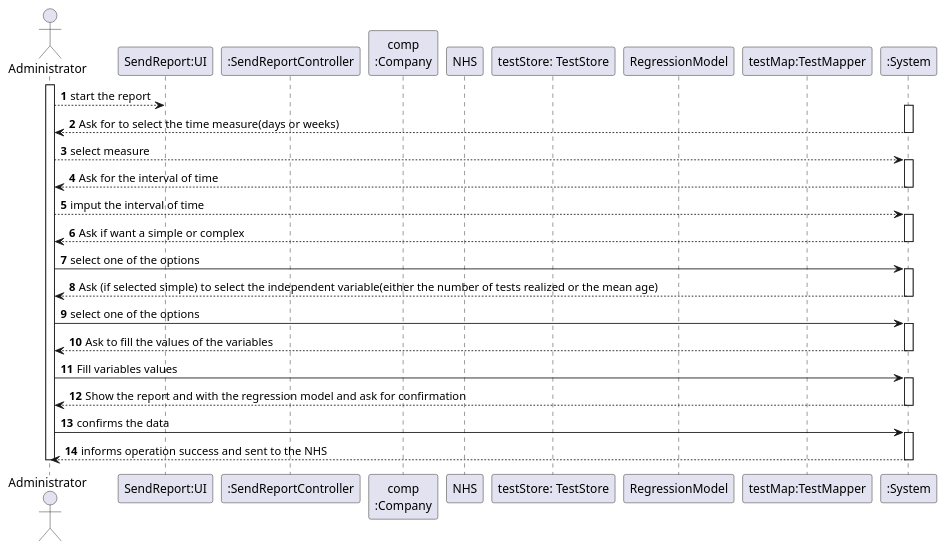
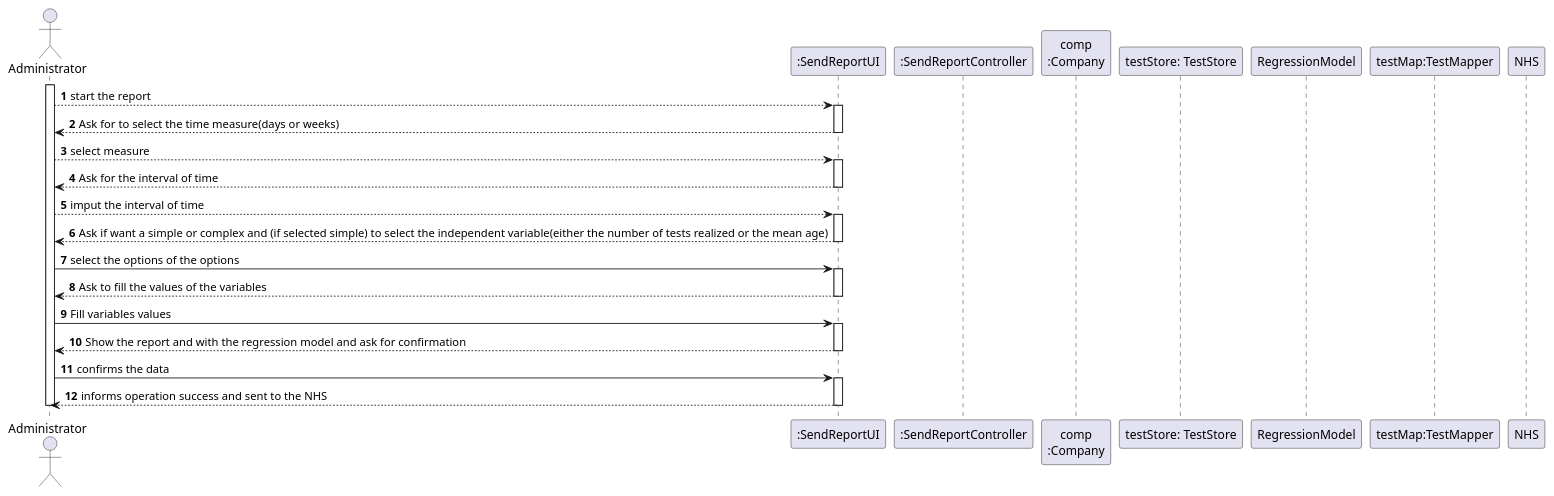
The diagram in docs/SprintD/US18/UC18_SD.puml (GuilhermeCunha79/lapr2), drawn with PlantUML before and after one commit. The commit also changed 3 other files, not shown here.

```diff
--- a/docs/SprintD/US18/UC18_SD.puml
+++ b/docs/SprintD/US18/UC18_SD.puml
@@ -1,50 +1,47 @@
 @startuml
 'https://plantuml.com/sequence-diagram
 
 autonumber
 
 actor "Administrator" as Ad
-participant "SendReport:UI" as UI
+participant ":SendReportUI" as UI
 participant ":SendReportController" as CTRL
 participant "comp\n:Company" as COMP
 
 
-participant "NHS" as  N
+
 
 participant "testStore: TestStore" as TSTORE
 
 participant "RegressionModel" as SAMPLE
 participant "testMap:TestMapper" as TMAPPER
-
+participant "NHS" as  N
 activate Ad
 Ad--> UI : start the report
-activate ":System"
-":System"--> Ad : Ask for to select the time measure(days or weeks)
-deactivate ":System"
-Ad --> ":System" : select measure
-activate ":System"
-":System"--> Ad : Ask for the interval of time
-deactivate ":System"
-Ad --> ":System" : imput the interval of time
-activate ":System"
-":System" --> Ad : Ask if want a simple or complex
-deactivate ":System"
-Ad -> ":System" : select one of the options
-activate ":System"
-":System" --> Ad : Ask (if selected simple) to select the independent variable(either the number of tests realized or the mean age)
-deactivate ":System"
-Ad -> ":System" : select one of the options
-activate ":System"
-":System" --> Ad : Ask to fill the values of the variables
-deactivate ":System"
-Ad -> ":System" : Fill variables values
-activate ":System"
-":System" --> Ad : Show the report and with the regression model and ask for confirmation
-deactivate ":System"
-Ad -> ":System" :  confirms the data
-activate ":System"
-":System" --> Ad : informs operation success and sent to the NHS
-deactivate ":System"
+activate "UI"
+
+"UI"--> Ad : Ask for to select the time measure(days or weeks)
+deactivate "UI"
+Ad --> "UI" : select measure
+activate "UI"
+"UI"--> Ad : Ask for the interval of time
+deactivate "UI"
+Ad --> "UI" : imput the interval of time
+activate "UI"
+"UI" --> Ad : Ask if want a simple or complex and (if selected simple) to select the independent variable(either the number of tests realized or the mean age)
+deactivate "UI"
+Ad -> "UI" : select the options of the options
+activate "UI"
+"UI" --> Ad : Ask to fill the values of the variables
+deactivate "UI"
+Ad -> "UI" : Fill variables values
+activate "UI"
+"UI" --> Ad : Show the report and with the regression model and ask for confirmation
+deactivate "UI"
+Ad -> "UI" :  confirms the data
+activate "UI"
+"UI" --> Ad : informs operation success and sent to the NHS
+deactivate "UI"
 
 deactivate Ad
 @enduml
```
